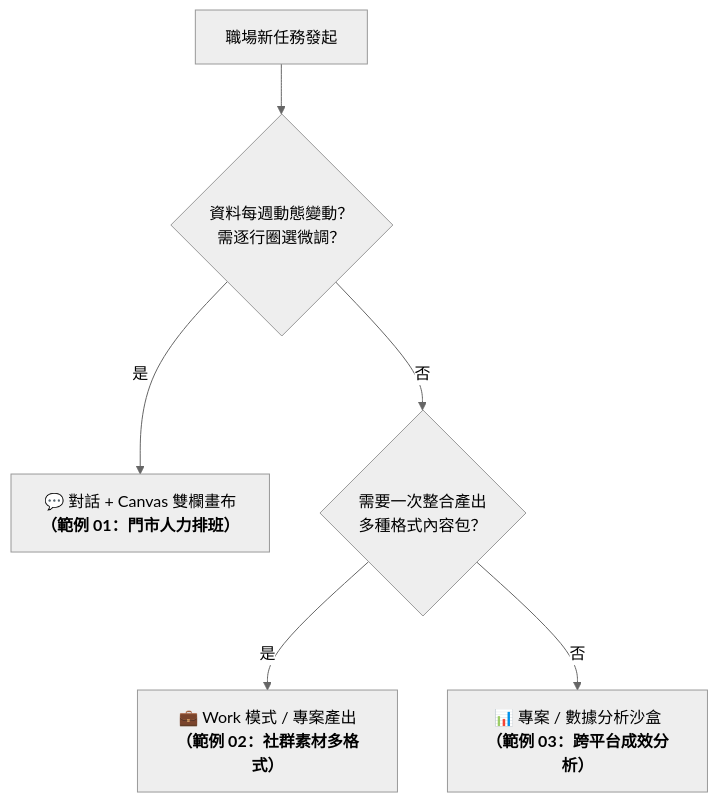
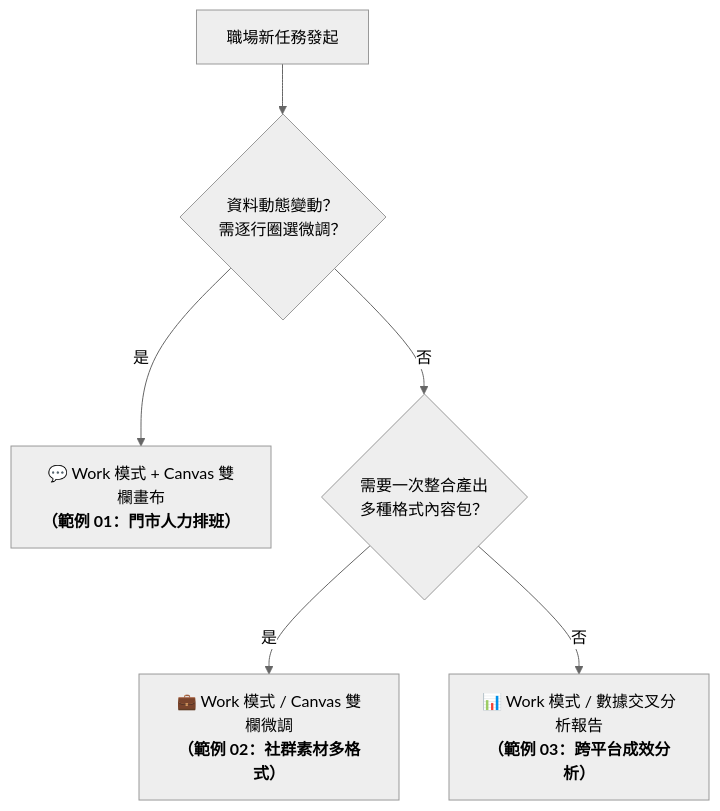
One commit to roberthsu2003/workflow-productivity changed the diagram in 常見的AI應用/實戰範例/README.md. Above: the diagram before and after it, drawn with Mermaid (neutral theme). The commit also changed other lines of this file, not shown here.

````diff
--- a/常見的AI應用/實戰範例/README.md
+++ b/常見的AI應用/實戰範例/README.md
@@ -19,8 +83,8 @@
 ```mermaid
 flowchart TD
-    Start["職場新任務發起"] --> Q1{"資料每週動態變動？<br>需逐行圈選微調？"}
-    Q1 -- 是 --> Tool1["💬 對話 + Canvas 雙欄畫布<br><b>（範例 01：門市人力排班）</b>"]
+    Start["職場新任務發起"] --> Q1{"資料動態變動？<br>需逐行圈選微調？"}
+    Q1 -- 是 --> Tool1["💬 Work 模式 + Canvas 雙欄畫布<br><b>（範例 01：門市人力排班）</b>"]
     Q1 -- 否 --> Q2{"需要一次整合產出<br>多種格式內容包？"}
-    Q2 -- 是 --> Tool2["💼 Work 模式 / 專案產出<br><b>（範例 02：社群素材多格式）</b>"]
-    Q2 -- 否 --> Tool3["📊 專案 / 數據分析沙盒<br><b>（範例 03：跨平台成效分析）</b>"]
+    Q2 -- 是 --> Tool2["💼 Work 模式 / Canvas 雙欄微調<br><b>（範例 02：社群素材多格式）</b>"]
+    Q2 -- 否 --> Tool3["📊 Work 模式 / 數據交叉分析報告<br><b>（範例 03：跨平台成效分析）</b>"]
 ```
````
